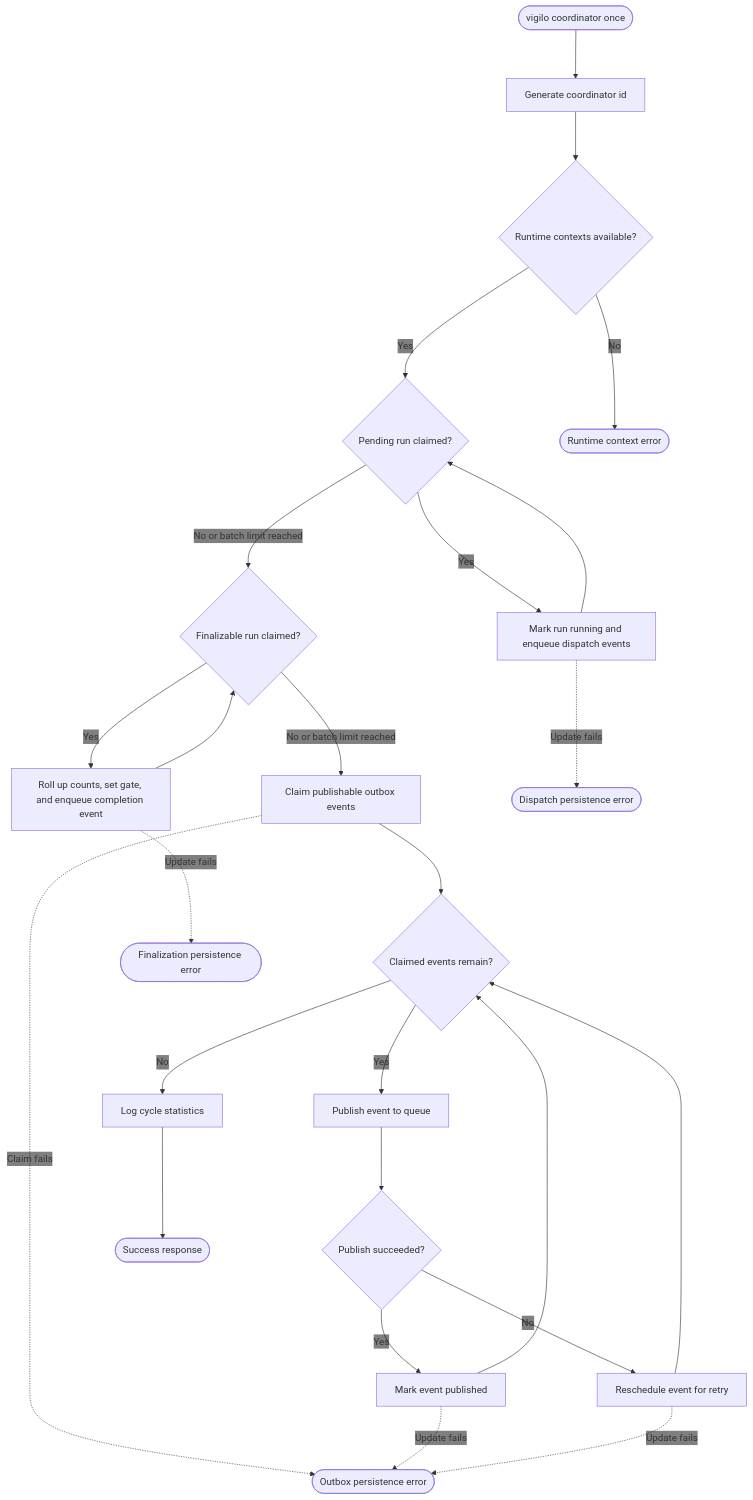
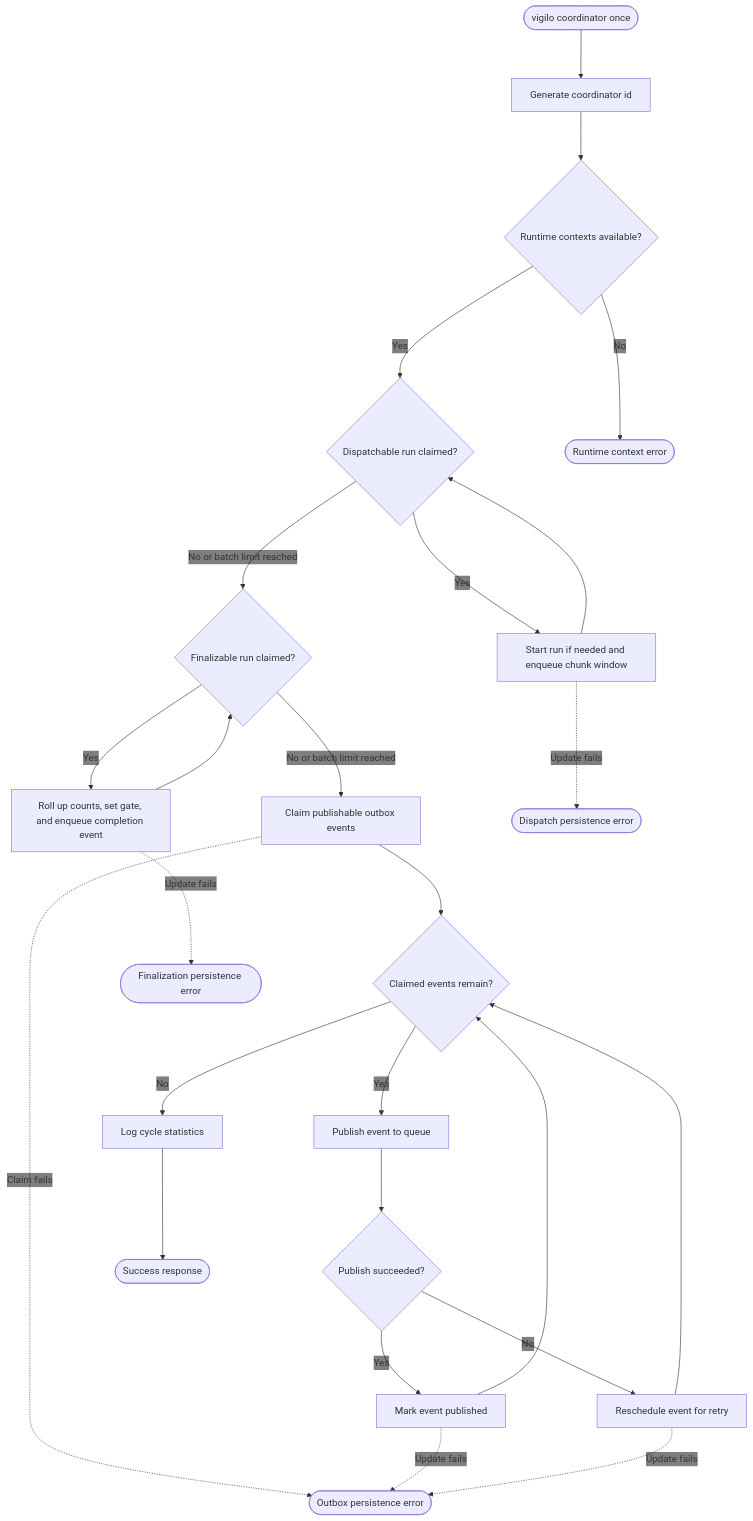
One commit to gregl83/agent-vigilo changed the diagram in web/docs/architecture/flows/coordinator/once/decision-flow.mmd. Above: the diagram before and after it, drawn with Mermaid. The commit also changed 19 other files, not shown here.

```diff
--- a/web/docs/architecture/flows/coordinator/once/decision-flow.mmd
+++ b/web/docs/architecture/flows/coordinator/once/decision-flow.mmd
@@ -1,74 +1,74 @@
 ---
 config:
   flowchart:
     nodeSpacing: 150
     rankSpacing: 80
   themeVariables:
     edgeLabelBackground: 'transparent'
 ---
 flowchart TD
     Start([vigilo coordinator once])
 
     CoordinatorId[Generate coordinator id]
     Contexts{Runtime contexts available?}
-    DispatchClaim{Pending run claimed?}
-    DispatchRun[Mark run running and enqueue dispatch events]
+    DispatchClaim{Dispatchable run claimed?}
+    DispatchRun[Start run if needed and enqueue chunk window]
     FinalizeClaim{Finalizable run claimed?}
     FinalizeRun[Roll up counts, set gate, and enqueue completion event]
     ClaimOutbox[Claim publishable outbox events]
     Events{Claimed events remain?}
     Publish[Publish event to queue]
     PublishResult{Publish succeeded?}
     MarkPublished[Mark event published]
     Reschedule[Reschedule event for retry]
     Stats[Log cycle statistics]
 
     Success([Success response])
 
     ContextFail([Runtime context error])
     DispatchFail([Dispatch persistence error])
     FinalizeFail([Finalization persistence error])
     OutboxFail([Outbox persistence error])
 
     Start --> CoordinatorId
     CoordinatorId --> Contexts
 
     Contexts -- No --> ContextFail
     Contexts -- Yes --> DispatchClaim
 
     DispatchClaim -- Yes --> DispatchRun
     DispatchClaim -- No or batch limit reached --> FinalizeClaim
 
     DispatchRun --> DispatchClaim
     DispatchRun -. Update fails .-> DispatchFail
 
     FinalizeClaim -- Yes --> FinalizeRun
     FinalizeClaim -- No or batch limit reached --> ClaimOutbox
 
     FinalizeRun --> FinalizeClaim
     FinalizeRun -. Update fails .-> FinalizeFail
 
     ClaimOutbox --> Events
     ClaimOutbox -. Claim fails .-> OutboxFail
 
     Events -- Yes --> Publish
     Events -- No --> Stats
 
     Publish --> PublishResult
 
     PublishResult -- Yes --> MarkPublished
     PublishResult -- No --> Reschedule
 
     MarkPublished --> Events
     MarkPublished -. Update fails .-> OutboxFail
 
     Reschedule --> Events
     Reschedule -. Update fails .-> OutboxFail
 
     Stats --> Success
 
     class Start command
     class Success success
     class CoordinatorId,Contexts,DispatchClaim,DispatchRun,FinalizeClaim,FinalizeRun,ClaimOutbox,Events,PublishResult,MarkPublished,Reschedule,Stats system
     class Publish component
     class ContextFail,DispatchFail,FinalizeFail,OutboxFail error
```
